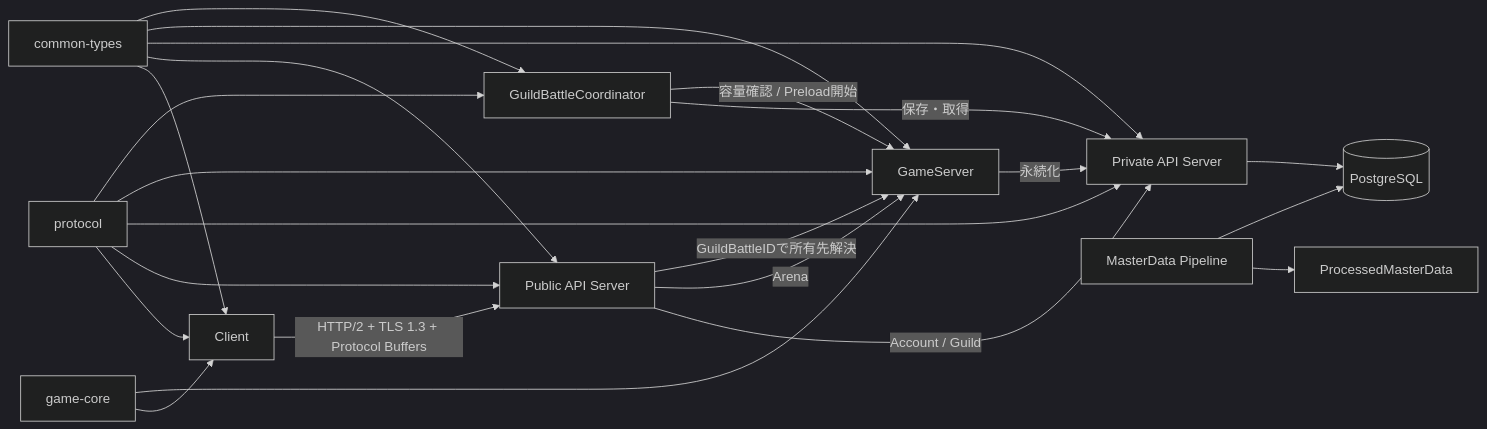
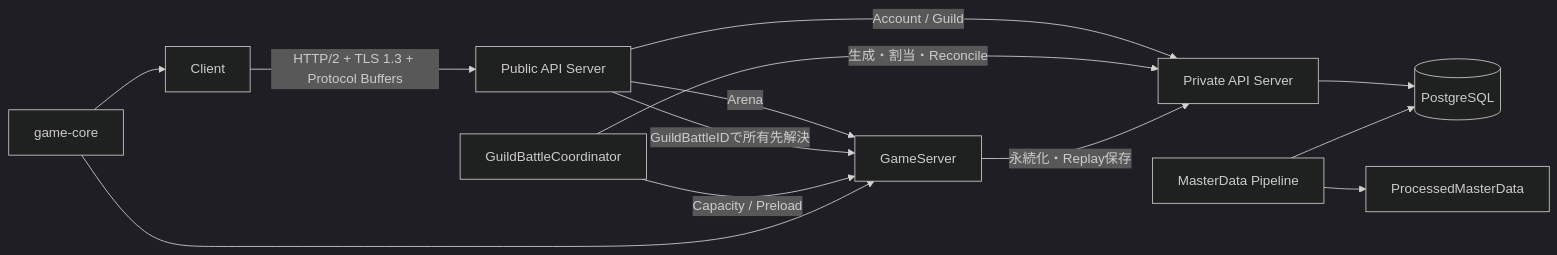
Before and after one commit to ReHydrangeaOdyssey/Specifications: the diagram in design/programming/README.md, drawn with Mermaid (dark theme). The commit also changed other lines of this file and 35 other files, not shown here.

````diff
--- a/design/programming/README.md
+++ b/design/programming/README.md
@@ -48,30 +61,18 @@
 ```mermaid
 flowchart LR
-    Client[Client] -->|HTTP/2 + TLS 1.3 + Protocol Buffers| PublicAPI[Public API Server]
+    Client[Client] -->|HTTP/2 + TLS 1.3 + Protocol Buffers| Public[Public API Server]
+    Public -->|Account / Guild| Private[Private API Server]
+    Public -->|Arena| Game[GameServer]
+    Public -->|GuildBattleIDで所有先解決| Game
 
-    PublicAPI -->|Account / Guild| PrivateAPI[Private API Server]
-    PublicAPI -->|Arena| GameServer[GameServer]
-    PublicAPI -->|GuildBattleIDで所有先解決| GameServer
+    Coord[GuildBattleCoordinator] -->|生成・割当・Reconcile| Private
+    Coord -->|Capacity / Preload| Game
+    Game -->|永続化・Replay保存| Private
+    Private --> DB[(PostgreSQL)]
 
-    Coordinator[GuildBattleCoordinator] -->|保存・取得| PrivateAPI
-    Coordinator -->|容量確認 / Preload開始| GameServer
+    Pipeline[MasterData Pipeline] --> Processed[ProcessedMasterData]
+    Pipeline --> DB
 
-    GameServer -->|永続化| PrivateAPI
-    PrivateAPI --> DB[(PostgreSQL)]
-
-    MasterPipeline[MasterData Pipeline] --> Processed[ProcessedMasterData]
-    MasterPipeline --> DB
-
-    GameCore[game-core] --> Client
-    GameCore --> GameServer
-    Protocol[protocol] --> Client
-    Protocol --> PublicAPI
-    Protocol --> PrivateAPI
-    Protocol --> GameServer
-    Protocol --> Coordinator
-    CommonTypes[common-types] --> Client
-    CommonTypes --> PublicAPI
-    CommonTypes --> PrivateAPI
-    CommonTypes --> GameServer
-    CommonTypes --> Coordinator
+    Core[game-core] --> Client
+    Core --> Game
 ```
````
